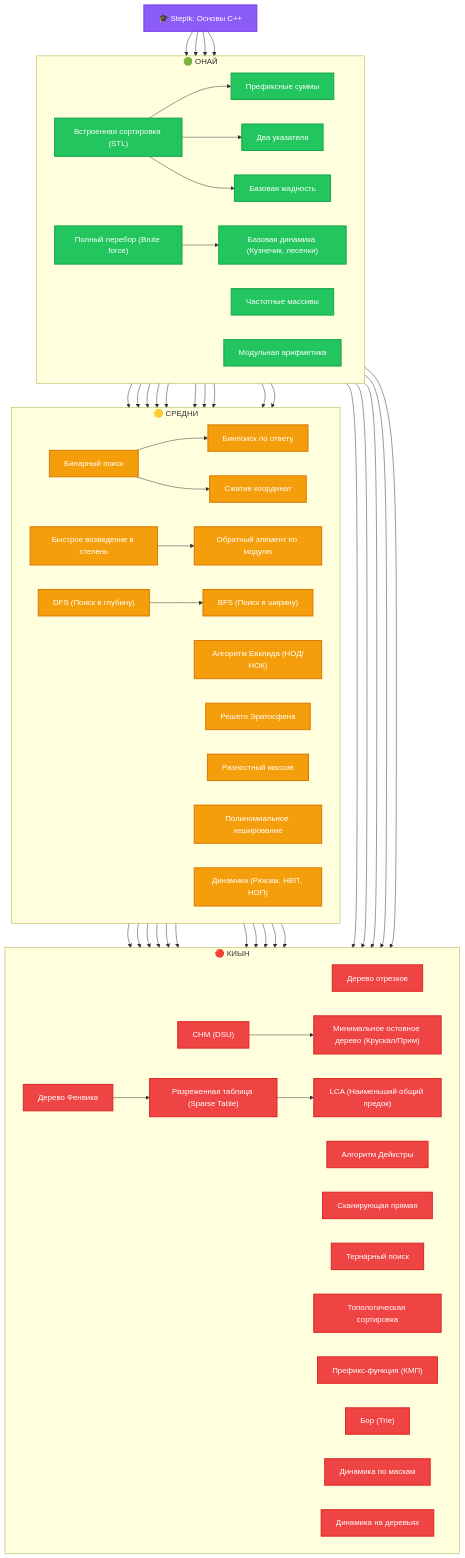
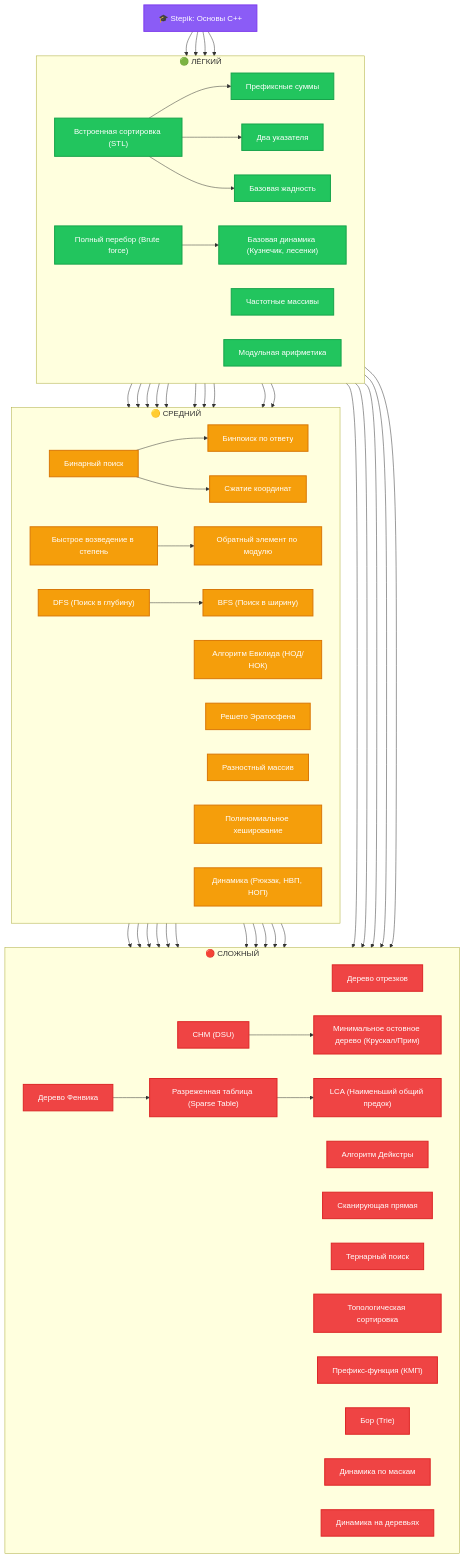
One commit to partbomb/prepioi changed the diagram in NEW_TOPICS.md. Above: the diagram before and after it, drawn with Mermaid. The commit also changed other lines of this file and 3 other files, not shown here.

Commit message:
🌐 Всё переведено на русский: Онай→Лёгкий, Средни→Средний, Киын→Сложный

```diff
--- a/NEW_TOPICS.md
+++ b/NEW_TOPICS.md
@@ -76,7 +76,7 @@
     STEPIK --> FREQ
     STEPIK --> MOD
 
-    subgraph EASY["🟢 ОНАЙ"]
+    subgraph EASY["🟢 ЛЁГКИЙ"]
         direction LR
         PREFIX["Префиксные суммы"]
         TWO_P["Два указателя"]
@@ -88,7 +88,7 @@
         BRUTE["Полный перебор (Brute force)"]
     end
 
-    subgraph MED["🟡 СРЕДНИ"]
+    subgraph MED["🟡 СРЕДНИЙ"]
         direction LR
         BSEARCH["Бинарный поиск"]
         BSEARCH_ANS["Бинпоиск по ответу"]
@@ -104,7 +104,7 @@
         MODINV["Обратный элемент по модулю"]
     end
 
-    subgraph HARD["🔴 КИЫН"]
+    subgraph HARD["🔴 СЛОЖНЫЙ"]
         direction LR
         SEGTREE["Дерево отрезков"]
         BIT_TREE["Дерево Фенвика"]
```
